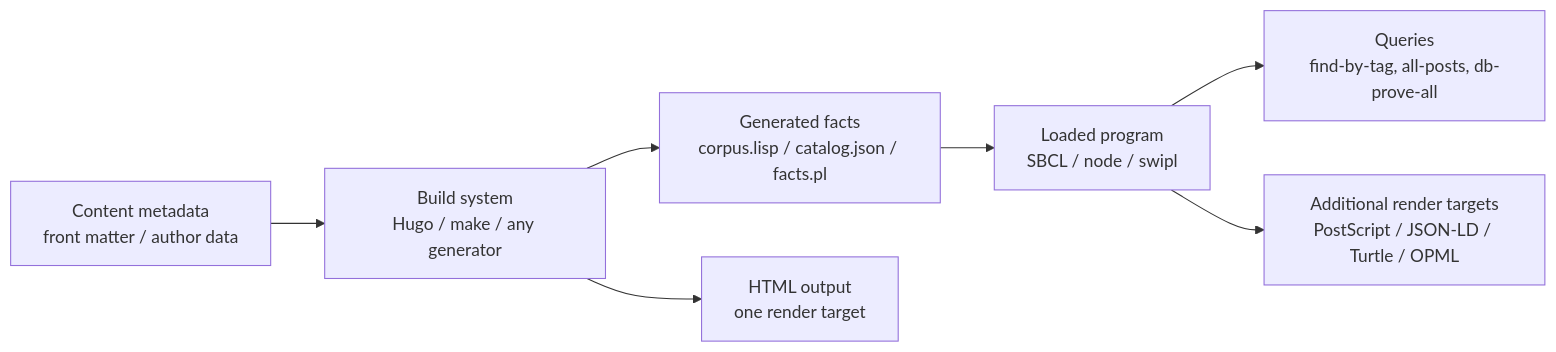
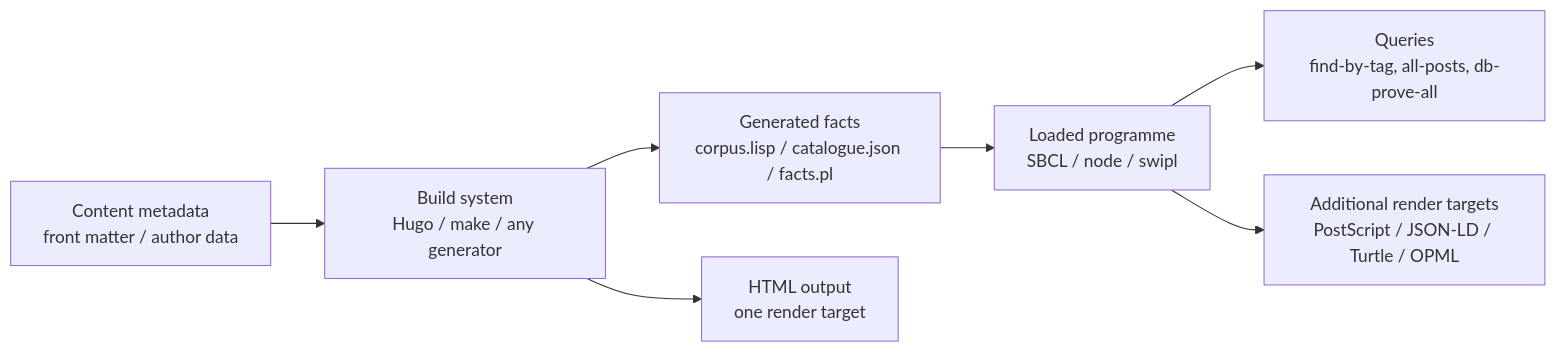
Before and after one commit to denzuko/dwightspencer.com: the first of 3 diagrams in hugo/content/posts/10-three-runtimes-one-site.md, drawn with Mermaid. The commit also changed other lines of this file and 20 other files, not shown here.

````diff
--- a/hugo/content/posts/10-three-runtimes-one-site.md
+++ b/hugo/content/posts/10-three-runtimes-one-site.md
@@ -120,9 +120,9 @@
 ```mermaid
 graph LR
     A[Content metadata<br/>front matter / author data] --> B[Build system<br/>Hugo / make / any generator]
-    B --> C[Generated facts<br/>corpus.lisp / catalog.json / facts.pl]
+    B --> C[Generated facts<br/>corpus.lisp / catalogue.json / facts.pl]
     B --> D[HTML output<br/>one render target]
-    C --> E[Loaded program<br/>SBCL / node / swipl]
+    C --> E[Loaded programme<br/>SBCL / node / swipl]
     E --> F[Queries<br/>find-by-tag, all-posts, db-prove-all]
     E --> G[Additional render targets<br/>PostScript / JSON-LD / Turtle / OPML]
 ```
````
